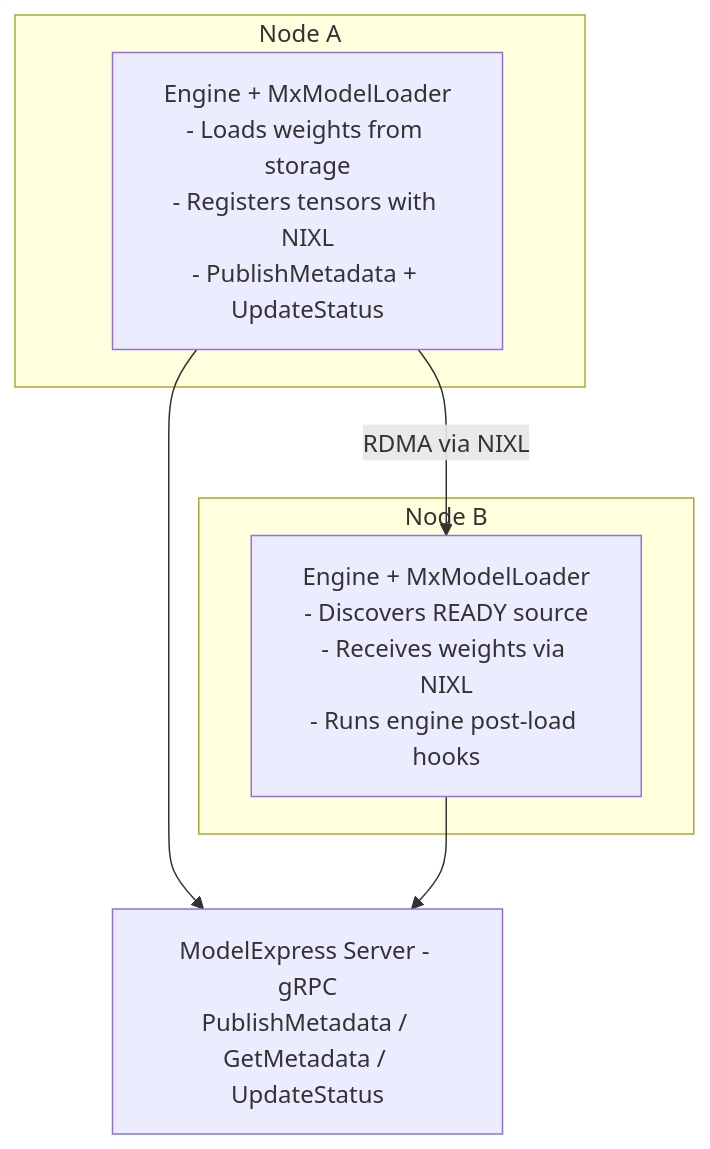
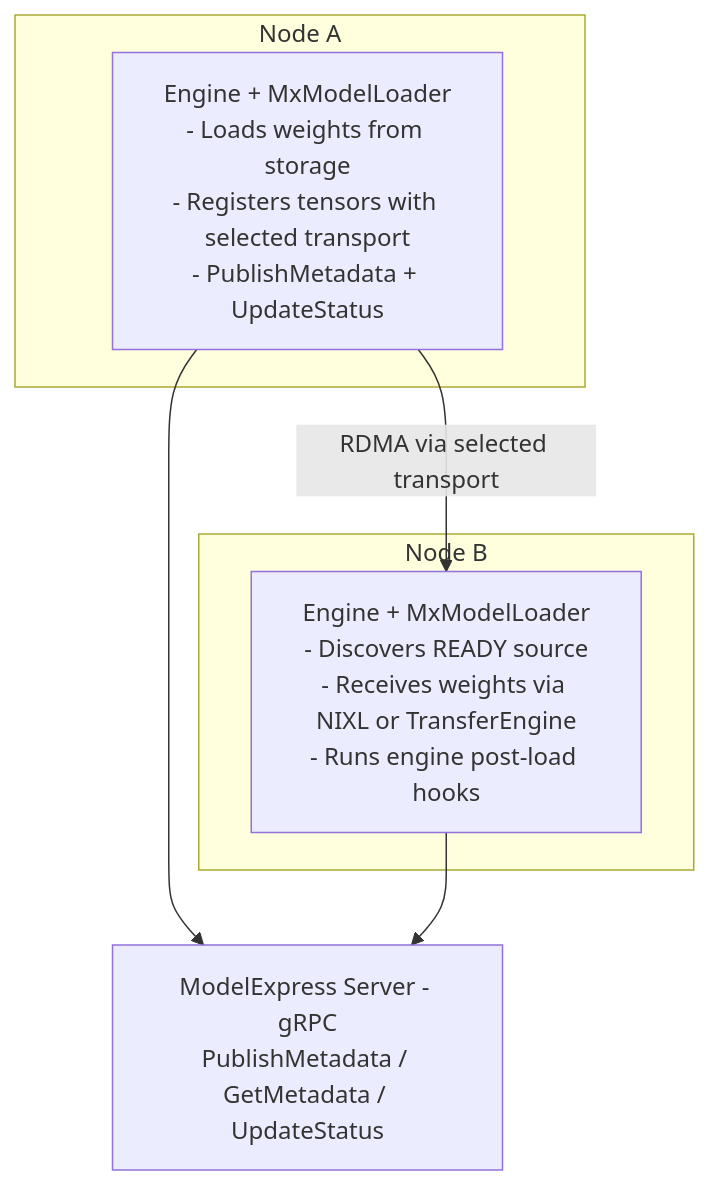
The diagram in examples/p2p_transfer_k8s/README.md (ai-dynamo/modelexpress), drawn with Mermaid before and after one commit. The commit also changed other lines of this file and 11 other files, not shown here.

````diff
--- a/examples/p2p_transfer_k8s/README.md
+++ b/examples/p2p_transfer_k8s/README.md
@@ -7,13 +7,13 @@
 ```mermaid
 graph TD
     subgraph "Node A"
-        A[Engine + MxModelLoader<br/>- Loads weights from storage<br/>- Registers tensors with NIXL<br/>- PublishMetadata + UpdateStatus]
+        A[Engine + MxModelLoader<br/>- Loads weights from storage<br/>- Registers tensors with selected transport<br/>- PublishMetadata + UpdateStatus]
     end
     subgraph "Node B"
-        B[Engine + MxModelLoader<br/>- Discovers READY source<br/>- Receives weights via NIXL<br/>- Runs engine post-load hooks]
+        B[Engine + MxModelLoader<br/>- Discovers READY source<br/>- Receives weights via NIXL or TransferEngine<br/>- Runs engine post-load hooks]
     end
-    A -- "RDMA via NIXL" --> B
+    A -- "RDMA via selected transport" --> B
     A --> S
     B --> S
     S[ModelExpress Server - gRPC<br/>PublishMetadata / GetMetadata / UpdateStatus]
 ```
````
